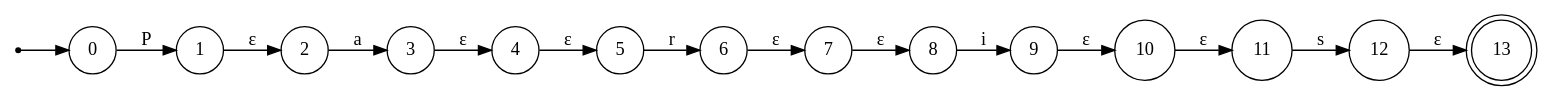
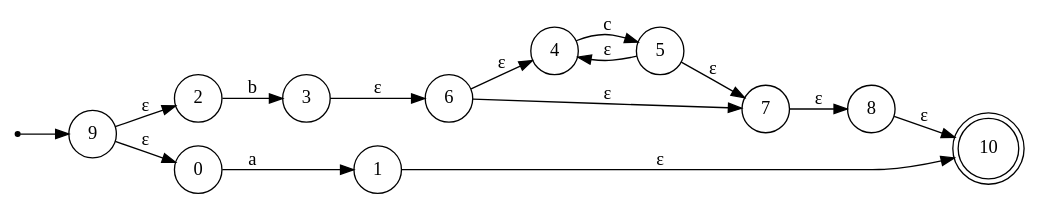
Before and after one commit to zyucccc/DAAR_Petit_Projet: the diagram in automate_out/automate.dot, drawn with Graphviz. The commit also changed 3 other files, not shown here.

```diff
--- a/automate_out/automate.dot
+++ b/automate_out/automate.dot
@@ -1,20 +1,20 @@
 digraph Automate {
   rankdir=LR;
   node [shape=circle];
   start [shape=point];
-  start -> 0;
-  13 [shape=doublecircle];
-  0 -> 1 [label="P"];
-  1 -> 2 [label="ε"];
-  2 -> 3 [label="a"];
-  3 -> 4 [label="ε"];
-  4 -> 5 [label="ε"];
-  5 -> 6 [label="r"];
+  start -> 9;
+  10 [shape=doublecircle];
+  9 -> 2 [label="ε"];
+  9 -> 0 [label="ε"];
+  2 -> 3 [label="b"];
+  0 -> 1 [label="a"];
+  3 -> 6 [label="ε"];
+  1 -> 10 [label="ε"];
+  6 -> 4 [label="ε"];
   6 -> 7 [label="ε"];
+  4 -> 5 [label="c"];
   7 -> 8 [label="ε"];
-  8 -> 9 [label="i"];
-  9 -> 10 [label="ε"];
-  10 -> 11 [label="ε"];
-  11 -> 12 [label="s"];
-  12 -> 13 [label="ε"];
+  5 -> 4 [label="ε"];
+  5 -> 7 [label="ε"];
+  8 -> 10 [label="ε"];
 }
```
